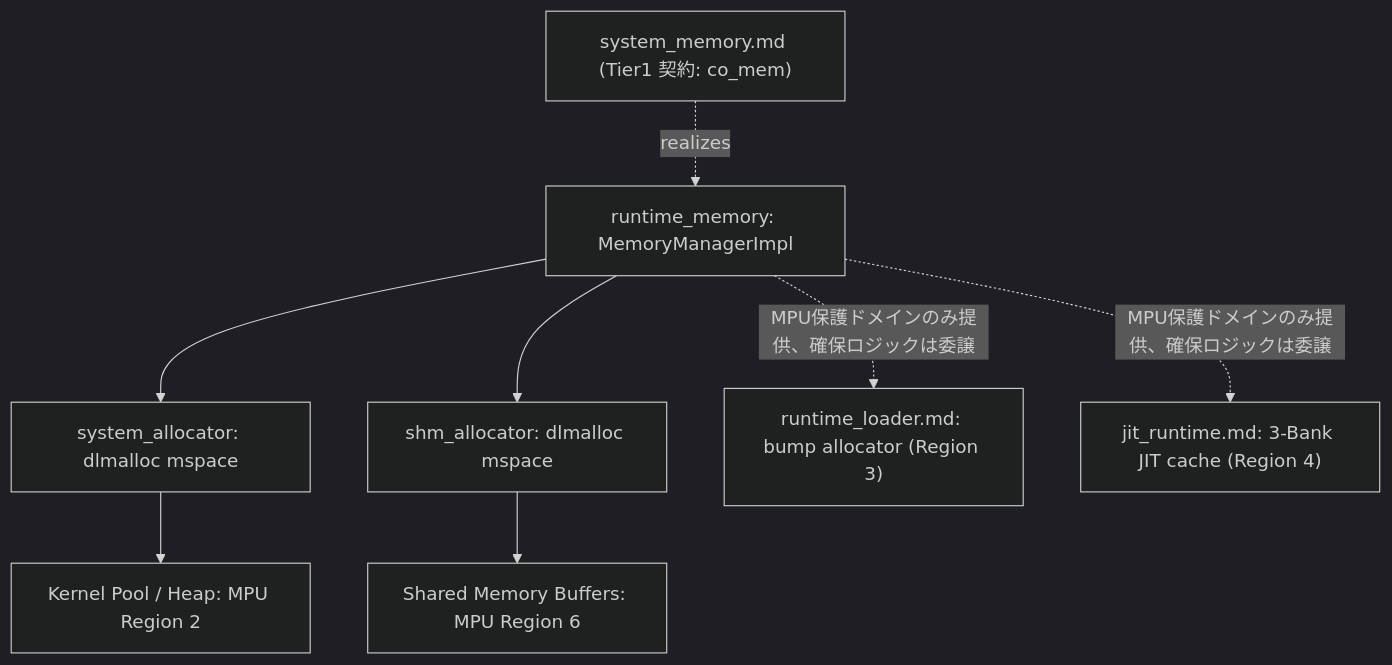
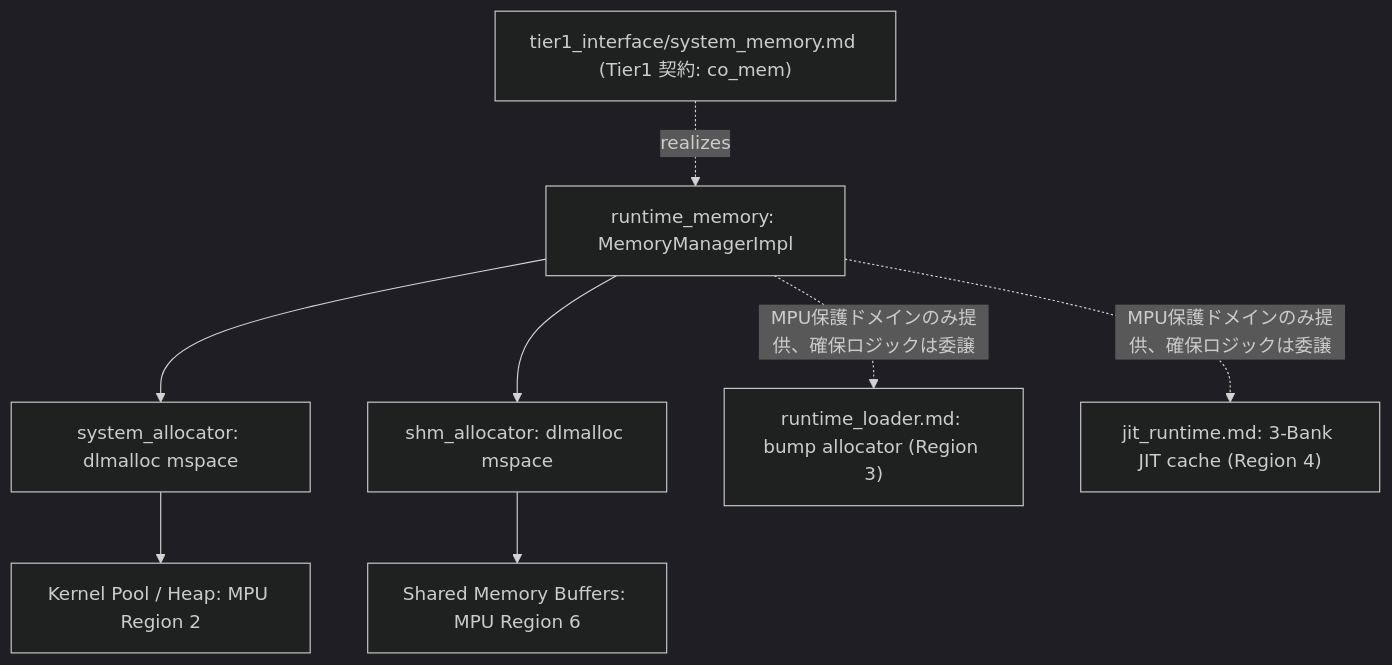
One commit to kmt-t/fireball changed the diagram in docs/components/tier2_runtime/runtime_memory.md. Above: the diagram before and after it, drawn with Mermaid (dark theme). The commit also changed other lines of this file and 46 other files, not shown here.

````diff
--- a/docs/components/tier2_runtime/runtime_memory.md
+++ b/docs/components/tier2_runtime/runtime_memory.md
@@ -25,10 +25,10 @@
 ```mermaid
 flowchart TD
-    Contract["system_memory.md (Tier1 契約: co_mem)"] -.->|realizes| Impl[runtime_memory: MemoryManagerImpl]
+    Contract["tier1_interface/system_memory.md (Tier1 契約: co_mem)"] -.->|realizes| Impl[runtime_memory: MemoryManagerImpl]
     Impl --> SysAlloc[system_allocator: dlmalloc mspace]
     Impl --> ShmAlloc[shm_allocator: dlmalloc mspace]
     SysAlloc --> KernelPool[Kernel Pool / Heap: MPU Region 2]
     ShmAlloc --> SharedRegion[Shared Memory Buffers: MPU Region 6]
     Impl -.->|MPU保護ドメインのみ提供、確保ロジックは委譲| RuntimeArena["runtime_loader.md: bump allocator (Region 3)"]
     Impl -.->|MPU保護ドメインのみ提供、確保ロジックは委譲| JitCache["jit_runtime.md: 3-Bank JIT cache (Region 4)"]
 ```
````
